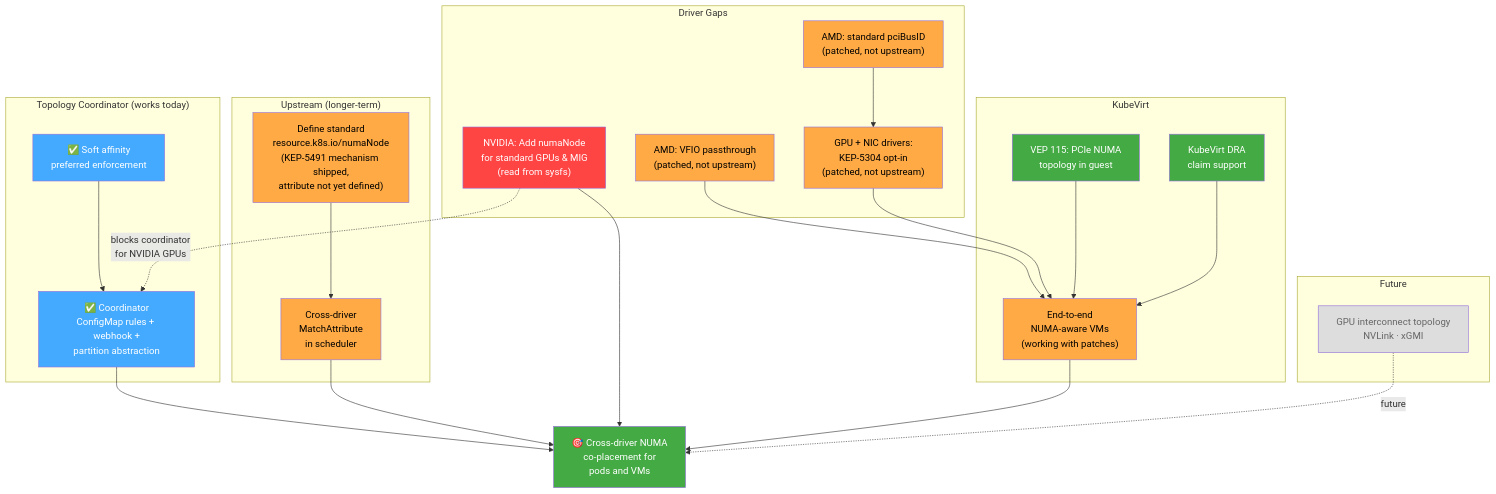
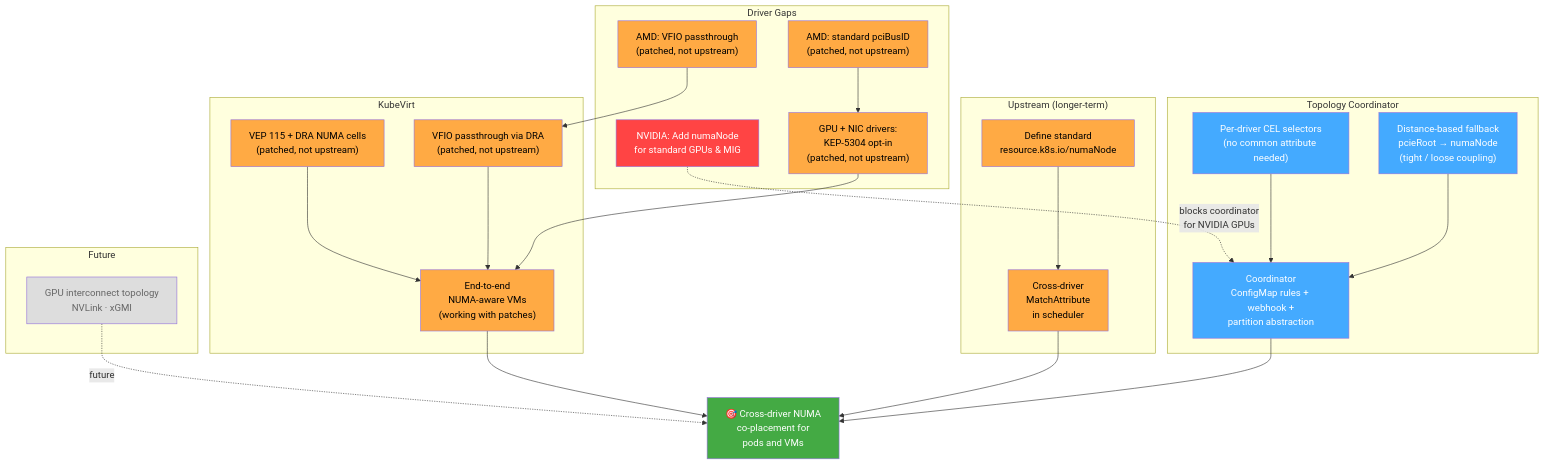
The diagram in README.md (johnahull/dra-topology-aware-co-placement), drawn with Mermaid before and after one commit. The commit also changed other lines of this file, not shown here.

Commit message:
Update proposed plan diagram and phases
- Add per-driver CEL selectors and distance-based fallback to
  coordinator subgraph
- Fix KubeVirt items: VEP 115 and VFIO are patched, not upstream
- Split KubeVirt into VEP 115 + VFIO components
- Update phase descriptions to reflect actual test results
- Simplify legend

````diff
--- a/README.md
+++ b/README.md
@@ -95,62 +95,64 @@
 ```mermaid
 graph TD
     GOAL["🎯 Cross-driver NUMA<br/>co-placement for<br/>pods and VMs"]
 
-    subgraph "Topology Coordinator (works today)"
-        POC_DONE["✅ Coordinator<br/>ConfigMap rules + webhook +<br/>partition abstraction"]
-        SOFT_DONE["✅ Soft affinity<br/>preferred enforcement"]
+    subgraph "Topology Coordinator"
+        COORD["Coordinator<br/>ConfigMap rules + webhook +<br/>partition abstraction"]
+        PERDRIVER["Per-driver CEL selectors<br/>(no common attribute needed)"]
+        FALLBACK["Distance-based fallback<br/>pcieRoot → numaNode<br/>(tight / loose coupling)"]
     end
 
     subgraph "Upstream (longer-term)"
-        STD_NUMA["Define standard<br/>resource.k8s.io/numaNode<br/>(KEP-5491 mechanism shipped,<br/>attribute not yet defined)"]
+        STD_NUMA["Define standard<br/>resource.k8s.io/numaNode"]
         CROSS_MATCH["Cross-driver<br/>MatchAttribute<br/>in scheduler"]
     end
 
     subgraph "Driver Gaps"
-        NVIDIA_NUMA["NVIDIA: Add numaNode<br/>for standard GPUs & MIG<br/>(read from sysfs)"]
+        NVIDIA_NUMA["NVIDIA: Add numaNode<br/>for standard GPUs & MIG"]
         AMD_VFIO["AMD: VFIO passthrough<br/>(patched, not upstream)"]
         AMD_PCIBUSID["AMD: standard pciBusID<br/>(patched, not upstream)"]
         KEP5304["GPU + NIC drivers:<br/>KEP-5304 opt-in<br/>(patched, not upstream)"]
     end
 
     subgraph "KubeVirt"
-        VEP115["VEP 115: PCIe NUMA<br/>topology in guest"]
-        KV_DRA["KubeVirt DRA<br/>claim support"]
+        VEP115["VEP 115 + DRA NUMA cells<br/>(patched, not upstream)"]
+        KV_VFIO["VFIO passthrough via DRA<br/>(patched, not upstream)"]
         KV_FULL["End-to-end<br/>NUMA-aware VMs<br/>(working with patches)"]
     end
 
-    POC_DONE --> GOAL
-    SOFT_DONE --> POC_DONE
+    COORD --> GOAL
+    PERDRIVER --> COORD
+    FALLBACK --> COORD
     STD_NUMA --> CROSS_MATCH
     CROSS_MATCH --> GOAL
 
-    NVIDIA_NUMA --> GOAL
-    NVIDIA_NUMA -.->|"blocks coordinator<br/>for NVIDIA GPUs"| POC_DONE
+    NVIDIA_NUMA -.->|"blocks coordinator<br/>for NVIDIA GPUs"| COORD
     AMD_PCIBUSID --> KEP5304
-    AMD_VFIO --> KV_FULL
+    AMD_VFIO --> KV_VFIO
     KEP5304 --> KV_FULL
 
     VEP115 --> KV_FULL
-    KV_DRA --> KV_FULL
+    KV_VFIO --> KV_FULL
     KV_FULL --> GOAL
 
     subgraph "Future"
         GPU_TOPO["GPU interconnect topology<br/>NVLink · xGMI"]
     end
 
     GPU_TOPO -.->|"future"| GOAL
 
     style GOAL fill:#4a4,color:#fff
-    style POC_DONE fill:#4af,color:#fff
-    style SOFT_DONE fill:#4af,color:#fff
-    style VEP115 fill:#4a4,color:#fff
-    style KV_DRA fill:#4a4,color:#fff
+    style COORD fill:#4af,color:#fff
+    style PERDRIVER fill:#4af,color:#fff
+    style FALLBACK fill:#4af,color:#fff
     style NVIDIA_NUMA fill:#f44,color:#fff
     style AMD_VFIO fill:#fa4,color:#000
     style AMD_PCIBUSID fill:#fa4,color:#000
     style KEP5304 fill:#fa4,color:#000
     style STD_NUMA fill:#fa4,color:#000
     style CROSS_MATCH fill:#fa4,color:#000
+    style VEP115 fill:#fa4,color:#000
+    style KV_VFIO fill:#fa4,color:#000
     style KV_FULL fill:#fa4,color:#000
     style GPU_TOPO fill:#ddd,color:#666
 ```
````
